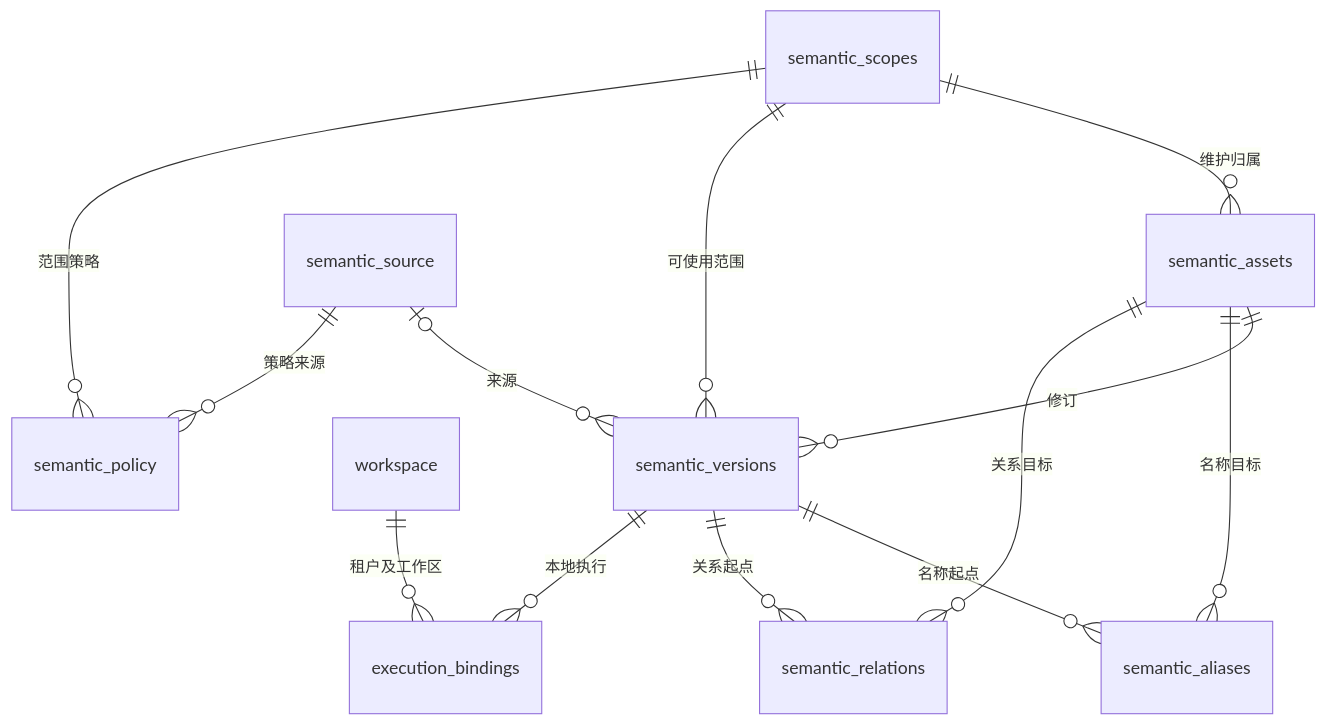
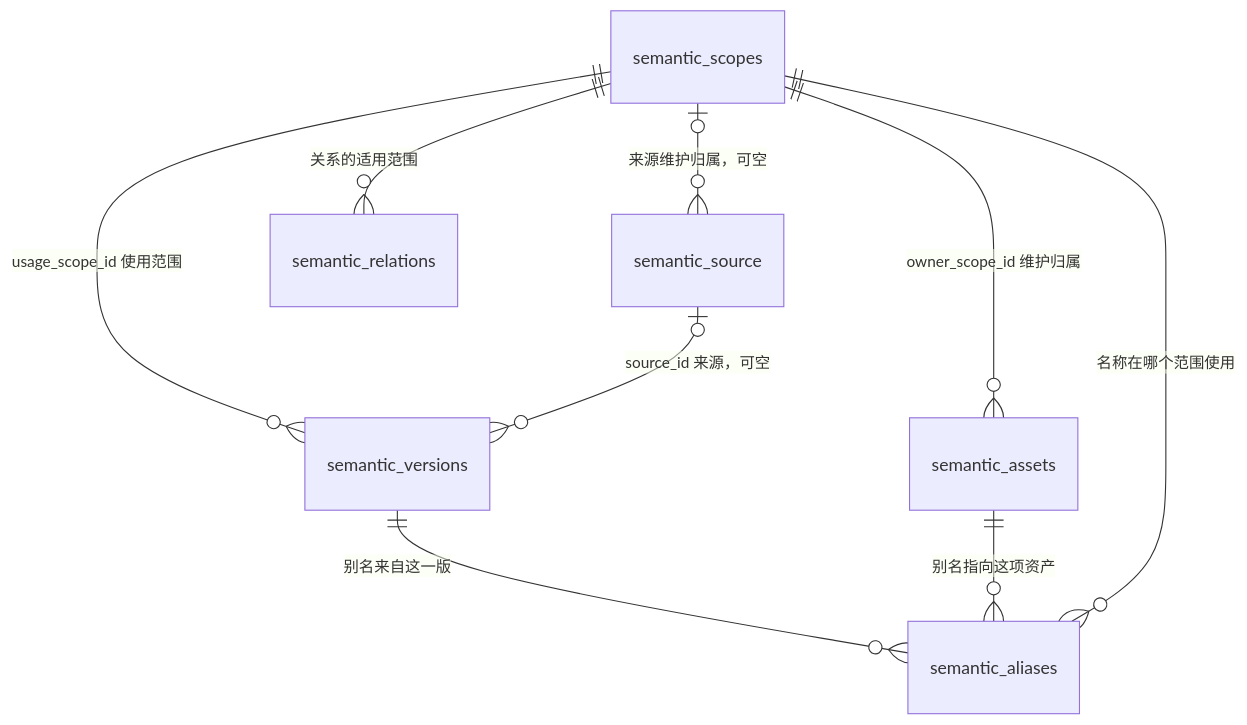
One commit to RuiLu007/compass changed the second of 13 diagrams in mai-specs/974-lesson-22-enterprise-semantic-governance/design/document/retail-assets.md. Above: the diagram before and after it, drawn with Mermaid. The commit also changed other lines of this file and 387 other files, not shown here.

````diff
--- a/mai-specs/974-lesson-22-enterprise-semantic-governance/design/document/retail-assets.md
+++ b/mai-specs/974-lesson-22-enterprise-semantic-governance/design/document/retail-assets.md
@@ -94,15 +62,11 @@
-```mermaid Web 资产目录的主外键
+```mermaid 来源、别名与资产版本的关联
 erDiagram
-    semantic_scopes ||--o{ semantic_assets : "维护归属"
-    semantic_scopes ||--o{ semantic_versions : "可使用范围"
-    semantic_source o|--o{ semantic_versions : "来源"
-    semantic_assets ||--o{ semantic_versions : "修订"
-    semantic_versions ||--o{ semantic_aliases : "名称起点"
-    semantic_assets ||--o{ semantic_aliases : "名称目标"
-    semantic_versions ||--o{ semantic_relations : "关系起点"
-    semantic_assets ||--o{ semantic_relations : "关系目标"
-    semantic_versions ||--o{ execution_bindings : "本地执行"
-    workspace ||--o{ execution_bindings : "租户及工作区"
-    semantic_scopes ||--o{ semantic_policy : "范围策略"
-    semantic_source ||--o{ semantic_policy : "策略来源"
+    semantic_scopes ||--o{ semantic_assets : "owner_scope_id 维护归属"
+    semantic_scopes ||--o{ semantic_versions : "usage_scope_id 使用范围"
+    semantic_scopes o|--o{ semantic_source : "来源维护归属，可空"
+    semantic_source o|--o{ semantic_versions : "source_id 来源，可空"
+    semantic_versions ||--o{ semantic_aliases : "别名来自这一版"
+    semantic_assets ||--o{ semantic_aliases : "别名指向这项资产"
+    semantic_scopes ||--o{ semantic_aliases : "名称在哪个范围使用"
+    semantic_scopes ||--o{ semantic_relations : "关系的适用范围"
 ```
````
